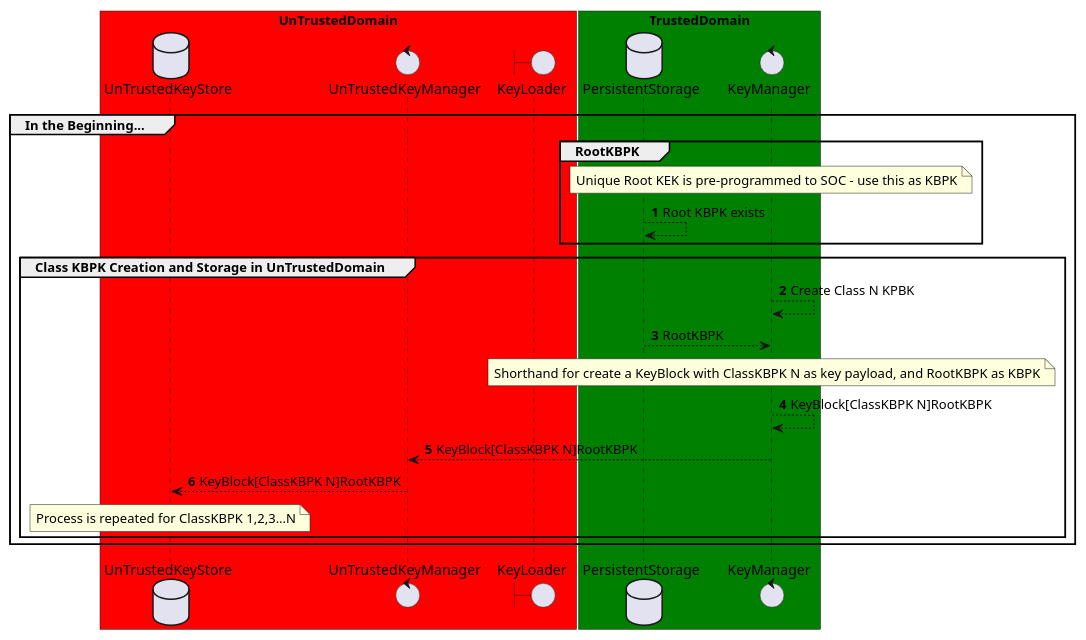
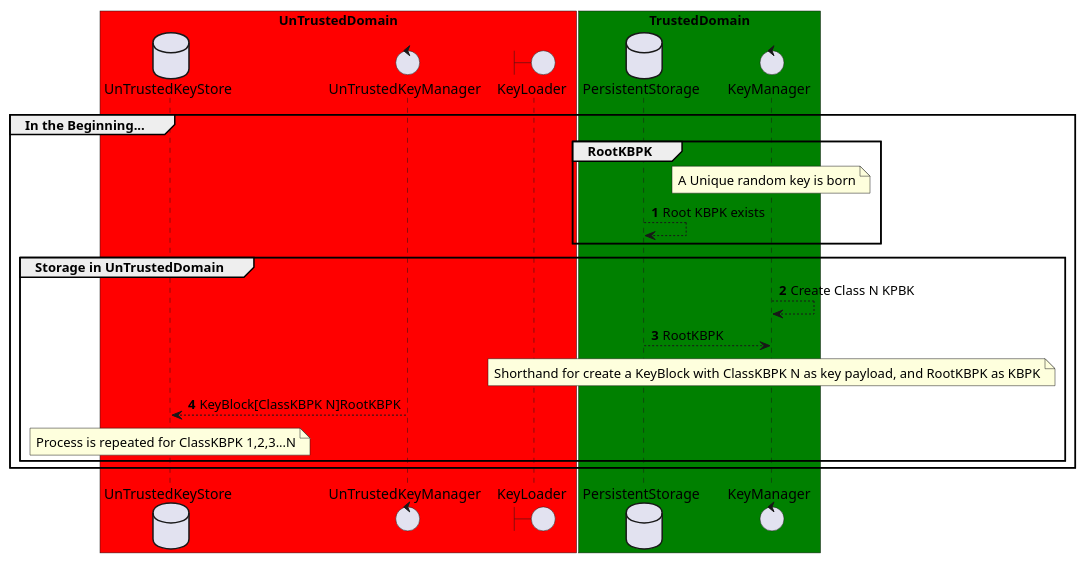
The diagram in docs/PlantUMLSpriteLibraries/keysequence.puml (Crashedmind/PlayingWithPlantUMLSource), drawn with PlantUML before and after one commit.

Commit message:
simplify keysequence

```diff
--- a/docs/PlantUMLSpriteLibraries/keysequence.puml
+++ b/docs/PlantUMLSpriteLibraries/keysequence.puml
@@ -1,36 +1,34 @@
 @startuml
 
 
 autonumber
 box "UnTrustedDomain" #Red
 	database UnTrustedKeyStore as UKS
 	control UnTrustedKeyManager as UKM
     boundary KeyLoader as KL
 end box
 
 box "TrustedDomain" #Green
 	database PersistentStorage as KS
     control KeyManager as KM
 
 end box
 
 
 group In the Beginning...
     
     group RootKBPK    
-        note over KM: Unique Root KEK is pre-programmed to SOC - use this as KBPK
+        note over KM: A Unique random key is born
         KS --> KS: Root KBPK exists
     end
    
-    group Class KBPK Creation and Storage in UnTrustedDomain 
+    group Storage in UnTrustedDomain 
         KM --> KM: Create Class N KPBK
         KS --> KM: RootKBPK 
         note over KM: Shorthand for create a KeyBlock with ClassKBPK N as key payload, and RootKBPK as KBPK
-        KM --> KM: KeyBlock[ClassKBPK N]RootKBPK
-        KM --> UKM: KeyBlock[ClassKBPK N]RootKBPK
         UKM --> UKS: KeyBlock[ClassKBPK N]RootKBPK        
         note over UKS: Process is repeated for ClassKBPK 1,2,3...N 
     end
 end 
 
 @enduml
```
